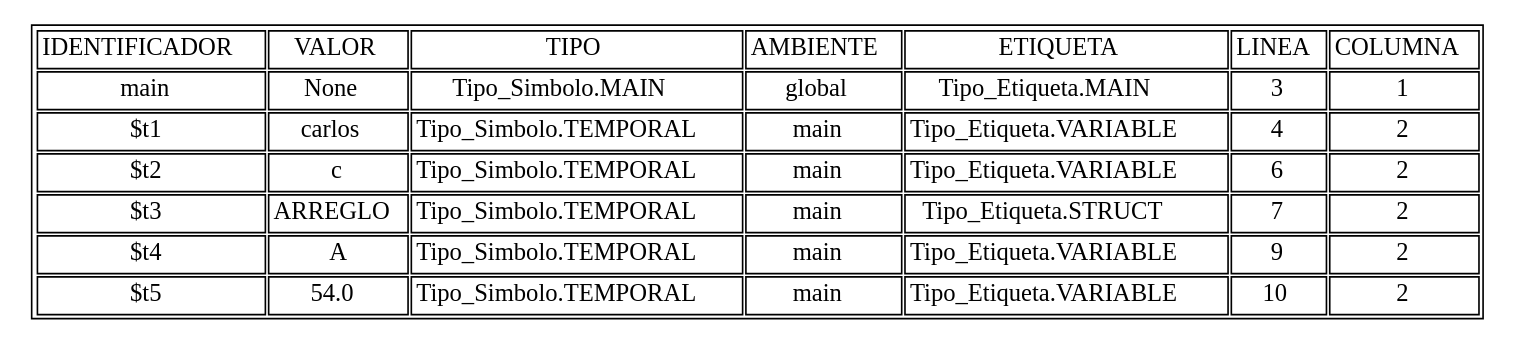
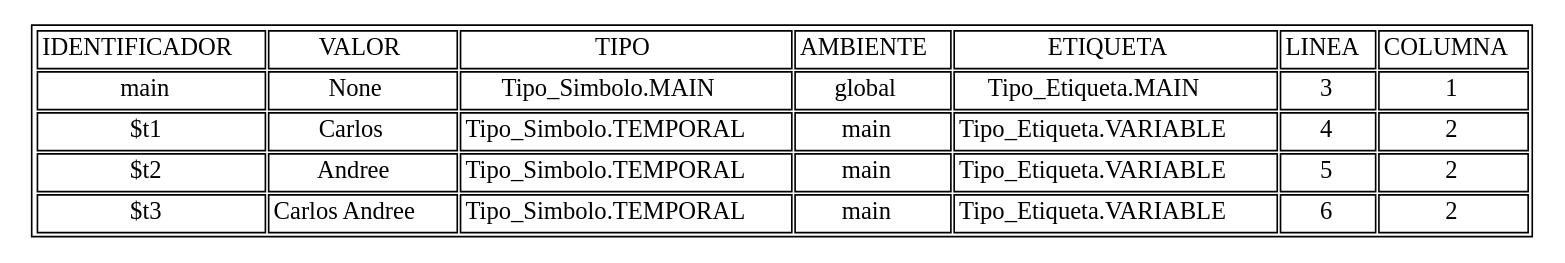
Before and after one commit to AndreeAvalos/OLC2-AUGUS: the diagram in tablasimbolos.dot, drawn with Graphviz. The commit also changed 4 other files, not shown here.

```diff
--- a/tablasimbolos.dot
+++ b/tablasimbolos.dot
@@ -1,14 +1,12 @@
 digraph tabla{
 graph [ratio=fill];node [label="\N", fontsize=15, shape=plaintext];
 graph [bb="0,0,352,154"];
 arset [label=<<TABLE ALIGN="LEFT">
 <TR><TD>IDENTIFICADOR</TD><TD>VALOR</TD><TD>TIPO</TD><TD>AMBIENTE</TD><TD>ETIQUETA</TD><TD>LINEA</TD><TD>COLUMNA</TD></TR>
 <TR><TD>main</TD><TD>None</TD><TD>Tipo_Simbolo.MAIN</TD><TD>global</TD><TD>Tipo_Etiqueta.MAIN</TD><TD>3</TD><TD>1</TD></TR>
-<TR><TD>$t1</TD><TD>carlos</TD><TD>Tipo_Simbolo.TEMPORAL</TD><TD>main</TD><TD>Tipo_Etiqueta.VARIABLE</TD><TD>4</TD><TD>2</TD></TR>
-<TR><TD>$t2</TD><TD>c</TD><TD>Tipo_Simbolo.TEMPORAL</TD><TD>main</TD><TD>Tipo_Etiqueta.VARIABLE</TD><TD>6</TD><TD>2</TD></TR>
-<TR><TD>$t3</TD><TD>ARREGLO</TD><TD>Tipo_Simbolo.TEMPORAL</TD><TD>main</TD><TD>Tipo_Etiqueta.STRUCT</TD><TD>7</TD><TD>2</TD></TR>
-<TR><TD>$t4</TD><TD>A</TD><TD>Tipo_Simbolo.TEMPORAL</TD><TD>main</TD><TD>Tipo_Etiqueta.VARIABLE</TD><TD>9</TD><TD>2</TD></TR>
-<TR><TD>$t5</TD><TD>54.0</TD><TD>Tipo_Simbolo.TEMPORAL</TD><TD>main</TD><TD>Tipo_Etiqueta.VARIABLE</TD><TD>10</TD><TD>2</TD></TR>
+<TR><TD>$t1</TD><TD>Carlos </TD><TD>Tipo_Simbolo.TEMPORAL</TD><TD>main</TD><TD>Tipo_Etiqueta.VARIABLE</TD><TD>4</TD><TD>2</TD></TR>
+<TR><TD>$t2</TD><TD>Andree</TD><TD>Tipo_Simbolo.TEMPORAL</TD><TD>main</TD><TD>Tipo_Etiqueta.VARIABLE</TD><TD>5</TD><TD>2</TD></TR>
+<TR><TD>$t3</TD><TD>Carlos Andree</TD><TD>Tipo_Simbolo.TEMPORAL</TD><TD>main</TD><TD>Tipo_Etiqueta.VARIABLE</TD><TD>6</TD><TD>2</TD></TR>
 </TABLE>
 >, ];
 }
```
